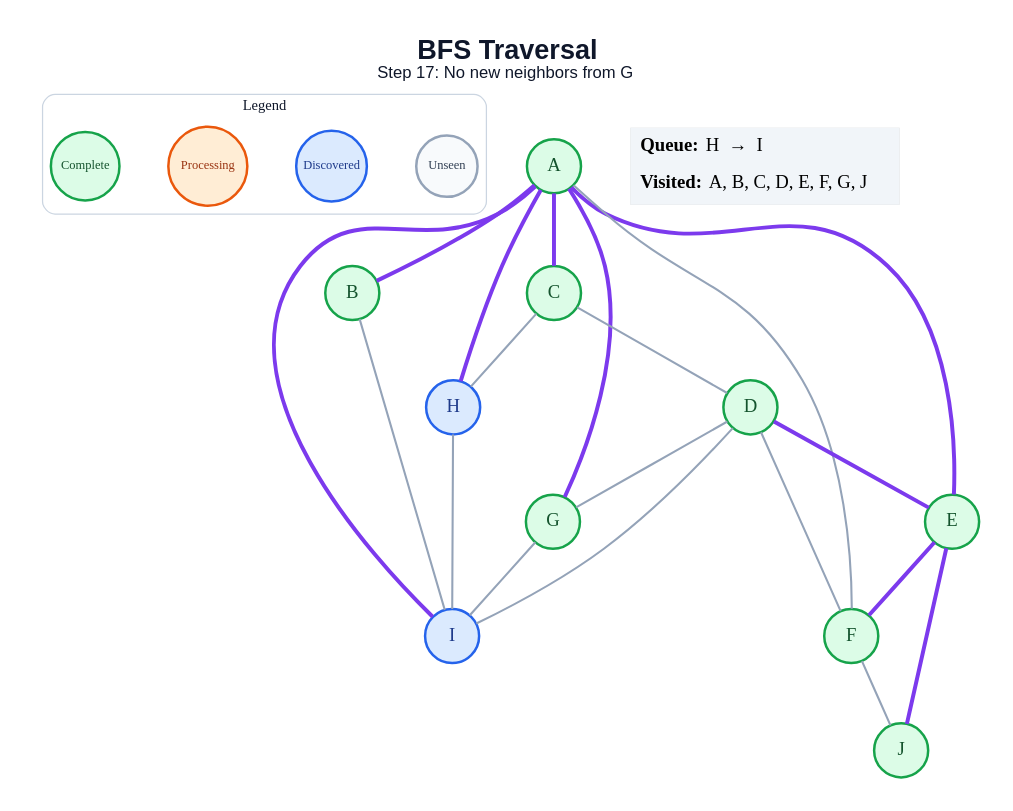
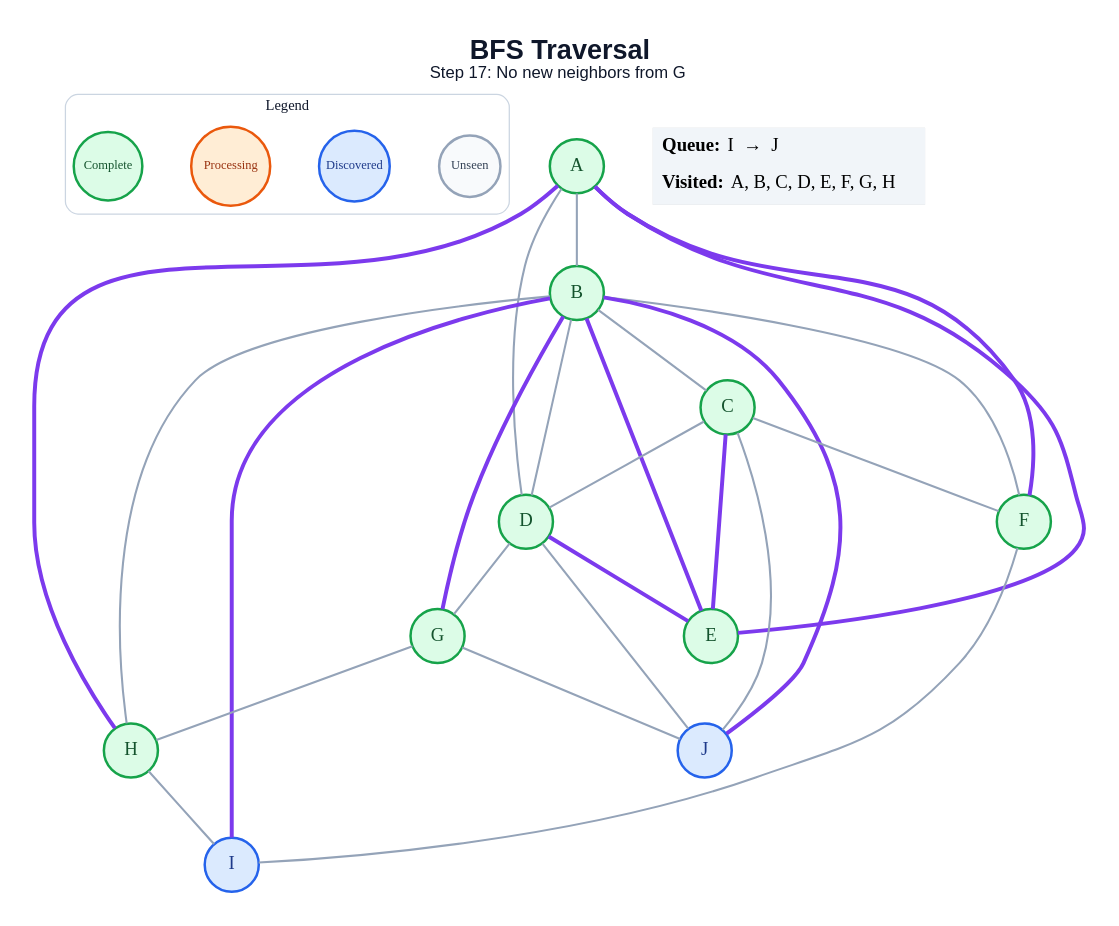
Before and after one commit to amanghodawala9/ai-slop: the diagram in generated/specific-node/bfs/step_17.dot, drawn with Graphviz. The commit also changed 178 other files, not shown here.

```diff
--- a/generated/specific-node/bfs/step_17.dot
+++ b/generated/specific-node/bfs/step_17.dot
@@ -1,48 +1,53 @@
 graph traversal {
   graph [layout=dot, rankdir=TB, bgcolor="#FFFFFF", pad="0.35", nodesep="0.65", ranksep="0.8", fontname="Arial"];
   node [shape=circle, style="filled", fontname="Arial Bold", fontsize=18, width=0.72, fixedsize=true, penwidth=2.4];
   edge [color="#94A3B8", penwidth=2.0];
   label=<<B>BFS Traversal</B><BR/><FONT POINT-SIZE="16">Step 17: No new neighbors from G</FONT>>; labelloc="t"; fontsize=26; fontname="Arial"; fontcolor="#0F172A";
   subgraph cluster_legend { label="Legend"; color="#CBD5E1"; penwidth=1.2; style="rounded"; fontsize=14; fontname="Arial Bold";
     key_unseen [label="Unseen", fillcolor="#F8FAFC", color="#94A3B8", fontcolor="#334155", fontsize=12, width=0.82];
     key_frontier [label="Discovered", fillcolor="#DBEAFE", color="#2563EB", fontcolor="#1E3A8A", fontsize=12, width=0.95];
     key_current [label="Processing", fillcolor="#FFEDD5", color="#EA580C", fontcolor="#9A3412", fontsize=12, width=1.05];
     key_done [label="Complete", fillcolor="#DCFCE7", color="#16A34A", fontcolor="#14532D", fontsize=12, width=0.92];
     { rank=same; key_unseen; key_frontier; key_current; key_done; }
   }
   A [fillcolor="#DCFCE7", color="#16A34A", fontcolor="#14532D"];
   B [fillcolor="#DCFCE7", color="#16A34A", fontcolor="#14532D"];
   C [fillcolor="#DCFCE7", color="#16A34A", fontcolor="#14532D"];
   D [fillcolor="#DCFCE7", color="#16A34A", fontcolor="#14532D"];
   E [fillcolor="#DCFCE7", color="#16A34A", fontcolor="#14532D"];
   F [fillcolor="#DCFCE7", color="#16A34A", fontcolor="#14532D"];
   G [fillcolor="#DCFCE7", color="#16A34A", fontcolor="#14532D"];
-  H [fillcolor="#DBEAFE", color="#2563EB", fontcolor="#1E3A8A"];
+  H [fillcolor="#DCFCE7", color="#16A34A", fontcolor="#14532D"];
   I [fillcolor="#DBEAFE", color="#2563EB", fontcolor="#1E3A8A"];
-  J [fillcolor="#DCFCE7", color="#16A34A", fontcolor="#14532D"];
-  A -- B [color="#7C3AED", penwidth=3.8];
-  A -- C [color="#7C3AED", penwidth=3.8];
+  J [fillcolor="#DBEAFE", color="#2563EB", fontcolor="#1E3A8A"];
+  A -- B;
+  A -- D;
   A -- E [color="#7C3AED", penwidth=3.8];
-  A -- F;
-  A -- G [color="#7C3AED", penwidth=3.8];
+  A -- F [color="#7C3AED", penwidth=3.8];
   A -- H [color="#7C3AED", penwidth=3.8];
-  A -- I [color="#7C3AED", penwidth=3.8];
-  B -- I;
+  B -- C;
+  B -- D;
+  B -- E [color="#7C3AED", penwidth=3.8];
+  B -- F;
+  B -- G [color="#7C3AED", penwidth=3.8];
+  B -- H;
+  B -- I [color="#7C3AED", penwidth=3.8];
+  B -- J [color="#7C3AED", penwidth=3.8];
   C -- D;
-  C -- H;
+  C -- E [color="#7C3AED", penwidth=3.8];
+  C -- F;
+  C -- J;
   D -- E [color="#7C3AED", penwidth=3.8];
-  D -- F;
   D -- G;
-  D -- I;
-  E -- F [color="#7C3AED", penwidth=3.8];
-  E -- J [color="#7C3AED", penwidth=3.8];
-  F -- J;
-  G -- I;
+  D -- J;
+  F -- I;
+  G -- H;
+  G -- J;
   H -- I;
   status [shape=plain, fixedsize=false, width=0, height=0, margin=0, label=<
     <TABLE BORDER="0" CELLBORDER="0" CELLPADDING="7" BGCOLOR="#F1F5F9">
-      <TR><TD ALIGN="LEFT"><B>Queue:</B> H  →  I</TD></TR>
-      <TR><TD ALIGN="LEFT"><B>Visited:</B> A, B, C, D, E, F, G, J</TD></TR>
+      <TR><TD ALIGN="LEFT"><B>Queue:</B> I  →  J</TD></TR>
+      <TR><TD ALIGN="LEFT"><B>Visited:</B> A, B, C, D, E, F, G, H</TD></TR>
     </TABLE>
   >];
 }
```
